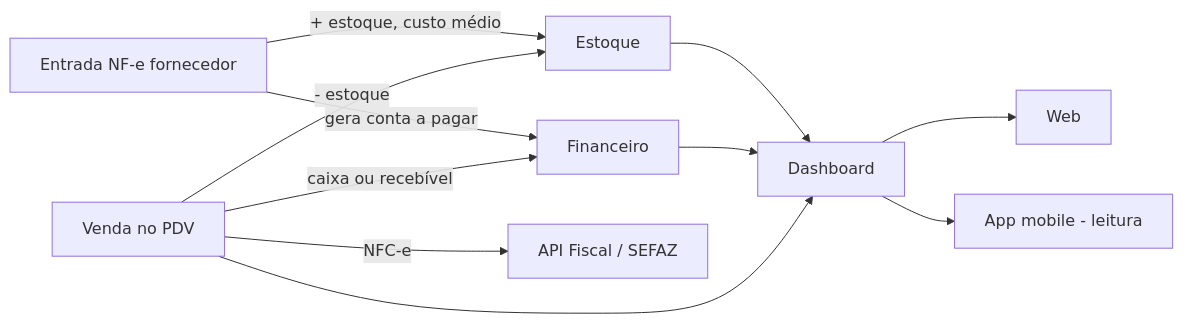
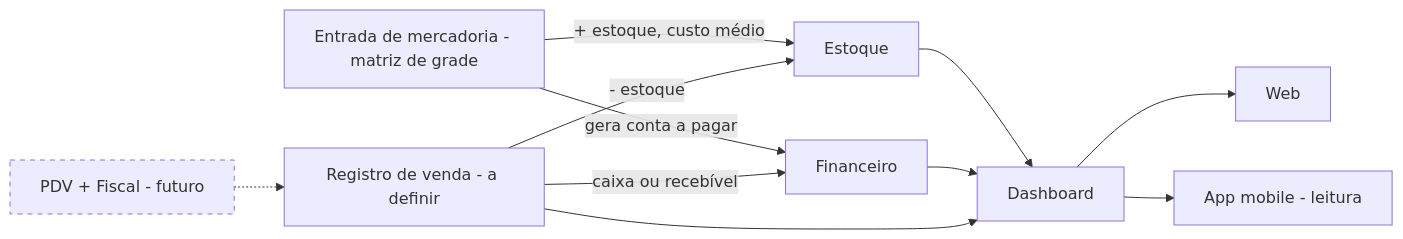
One commit to MathBriton/kamusErp changed the diagram in LEVANTAMENTO.md. Above: the diagram before and after it, drawn with Mermaid. The commit also changed other lines of this file, not shown here.

First line of the commit message:
docs: piloto para loja de roupas, PDV/fiscal fora do escopo, decisões aceitas

````diff
--- a/LEVANTAMENTO.md
+++ b/LEVANTAMENTO.md
@@ -213,13 +259,14 @@
 ```mermaid
 flowchart LR
-    Compra[Entrada NF-e fornecedor] -->|+ estoque, custo médio| Estoque
+    Compra[Entrada de mercadoria - matriz de grade] -->|+ estoque, custo médio| Estoque
     Compra -->|gera conta a pagar| Financeiro
-    PDV[Venda no PDV] -->|- estoque| Estoque
-    PDV -->|caixa ou recebível| Financeiro
-    PDV -->|NFC-e| Fiscal[API Fiscal / SEFAZ]
+    Venda[Registro de venda - a definir] -->|- estoque| Estoque
+    Venda -->|caixa ou recebível| Financeiro
+    PDV[PDV + Fiscal - futuro]:::futuro -.-> Venda
     Estoque --> Dashboard
     Financeiro --> Dashboard
-    PDV --> Dashboard
+    Venda --> Dashboard
     Dashboard --> Web
     Dashboard --> Mobile[App mobile - leitura]
+    classDef futuro stroke-dasharray: 5 5
 ```
````
